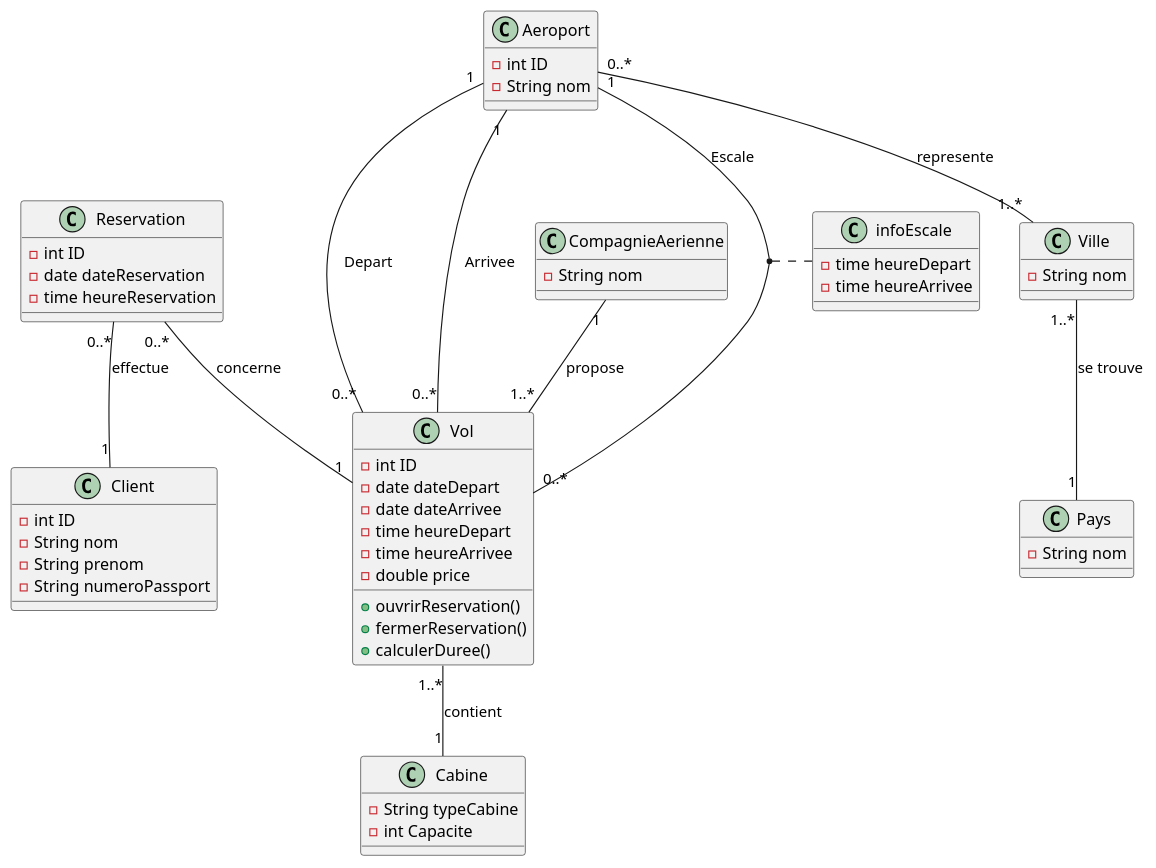
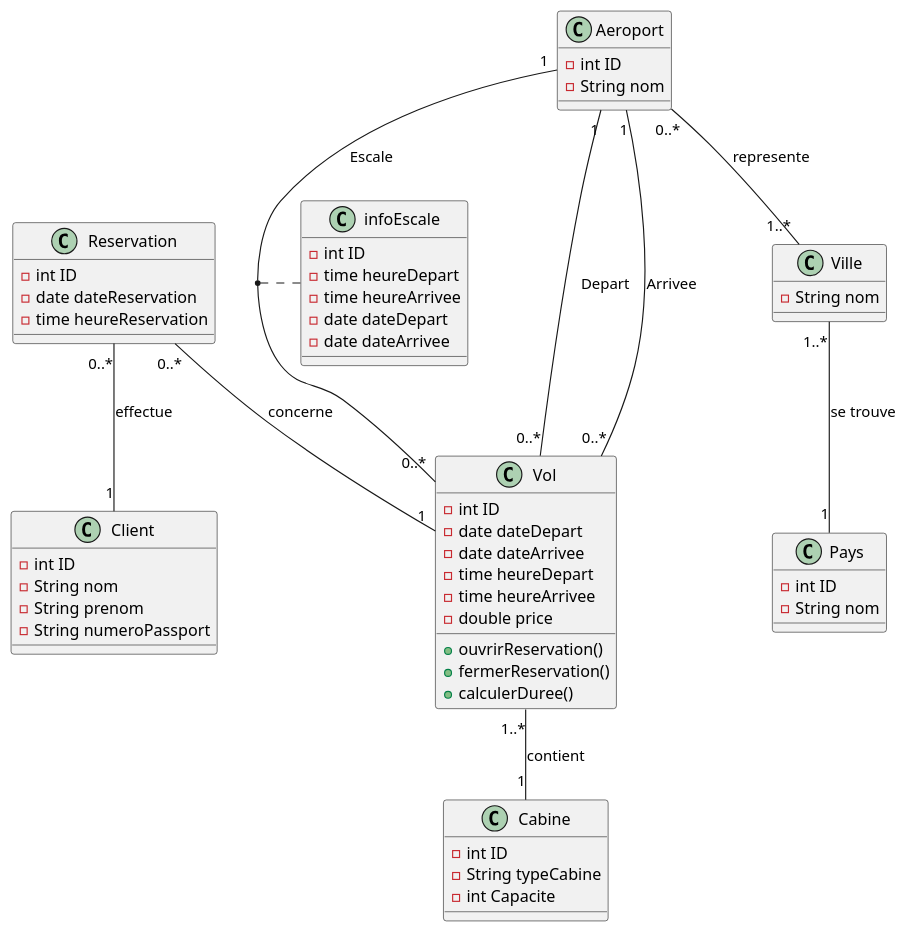
Before and after one commit to HamzaBht/Project_JAVA_EE: the diagram in Resources/Class.plantuml, drawn with PlantUML. The commit also changed 1 other file, not shown here.

Commit message:
Ajout du fichier sql et modification du diagramme de classe

```diff
--- a/Resources/Class.plantuml
+++ b/Resources/Class.plantuml
@@ -1,58 +1,61 @@
 @startuml Vols
 class Vol{
     -int ID
     -date dateDepart
     -date dateArrivee
     -time heureDepart
     -time heureArrivee
     -double price
     +ouvrirReservation()
     +fermerReservation()
     +calculerDuree()
 }
 class Reservation{
     -int ID
     -date dateReservation
     -time heureReservation
 }
 class Client{
     -int ID
     -String nom
     -String prenom
     -String numeroPassport
 }
 class Aeroport{
     -int ID
     -String nom
 }
 class Ville{
     -String nom
 }
 class Cabine{
+    -int ID
     -String typeCabine
     -int Capacite
 }
 class infoEscale{
+    -int ID
     -time heureDepart
     -time heureArrivee
+    -date dateDepart
+    -date dateArrivee
 }
 class Pays{
+    -int ID
     -String nom
 }
-class CompagnieAerienne{
-    -String nom
-}
+
 Reservation "0..*" --  "1" Vol :concerne 
 Reservation "0..*" --  "1" Client :effectue 
 Vol "1..*" -- "1" Cabine :contient
 Aeroport "0..*" -- "1..*" Ville :represente
 Aeroport "1" -- "0..*" Vol : Depart
 Aeroport "1" -- "0..*" Vol : Arrivee
 Aeroport "1" -- "0..*" Vol : Escale
 (Aeroport,Vol)..infoEscale
 Ville "1..*" -- "1" Pays :se trouve
-CompagnieAerienne "1" -- "1..*" Vol :propose
+
 
 
 
 @enduml
```
